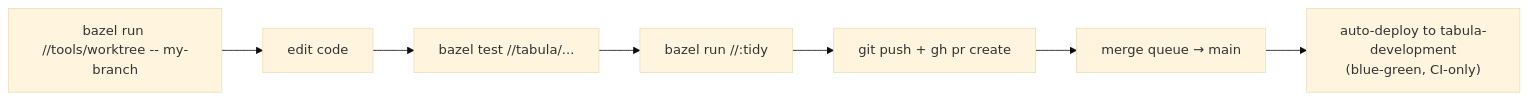
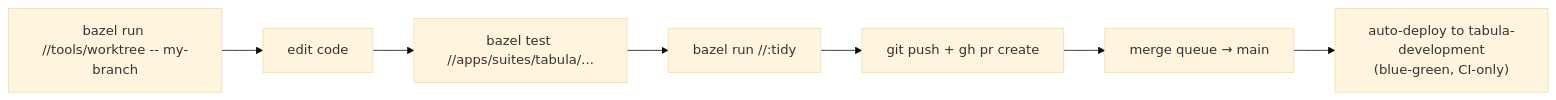
One commit to VitruvianSoftware/vitruvian-core changed the diagram in apps/suites/tabula/docs/getting-started/development.md. Above: the diagram before and after it, drawn with Mermaid (base theme). The commit also changed other lines of this file and 73 other files, not shown here.

````diff
--- a/apps/suites/tabula/docs/getting-started/development.md
+++ b/apps/suites/tabula/docs/getting-started/development.md
@@ -14,9 +14,9 @@
 ```mermaid
 flowchart LR
     A["bazel run //tools/worktree -- my-branch"] --> B["edit code"]
-    B --> C["bazel test //tabula/..."]
+    B --> C["bazel test //apps/suites/tabula/..."]
     C --> D["bazel run //:tidy"]
     D --> E["git push + gh pr create"]
     E --> F["merge queue → main"]
     F --> G["auto-deploy to tabula-development<br/>(blue-green, CI-only)"]
 ```
````
